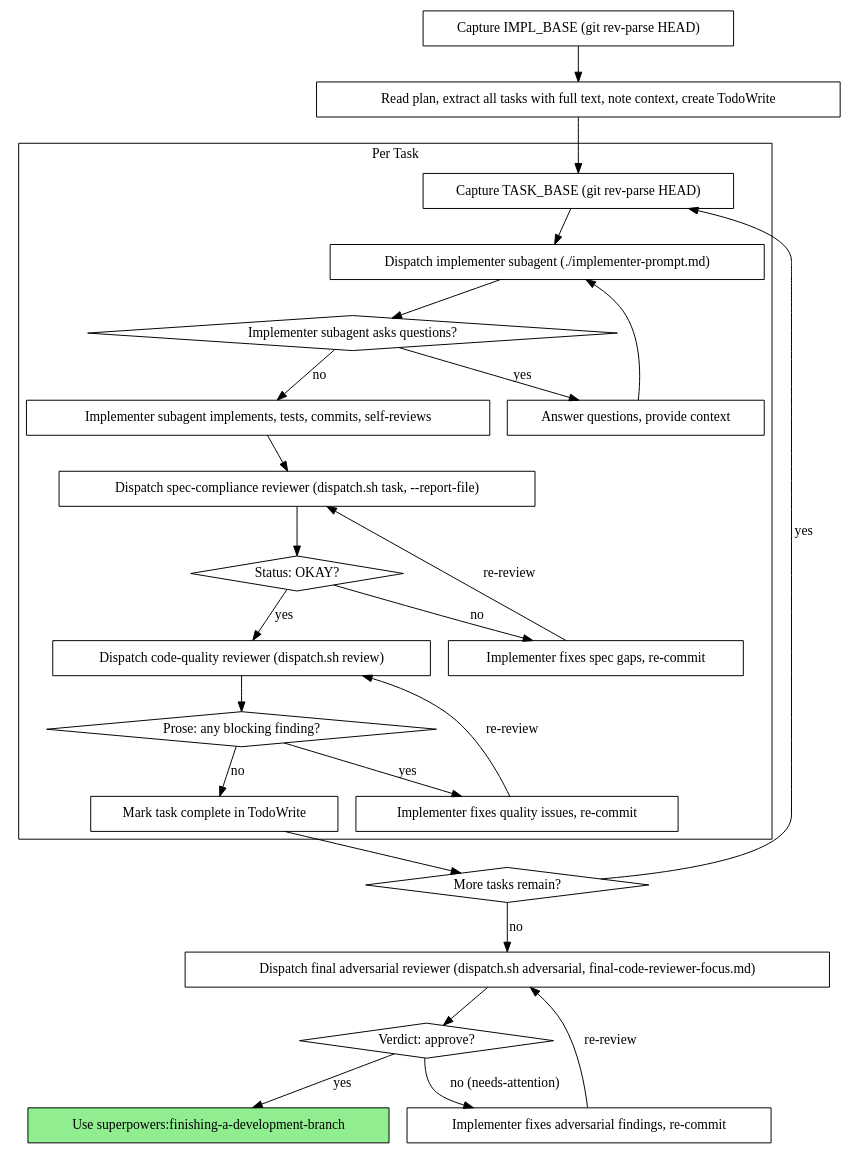
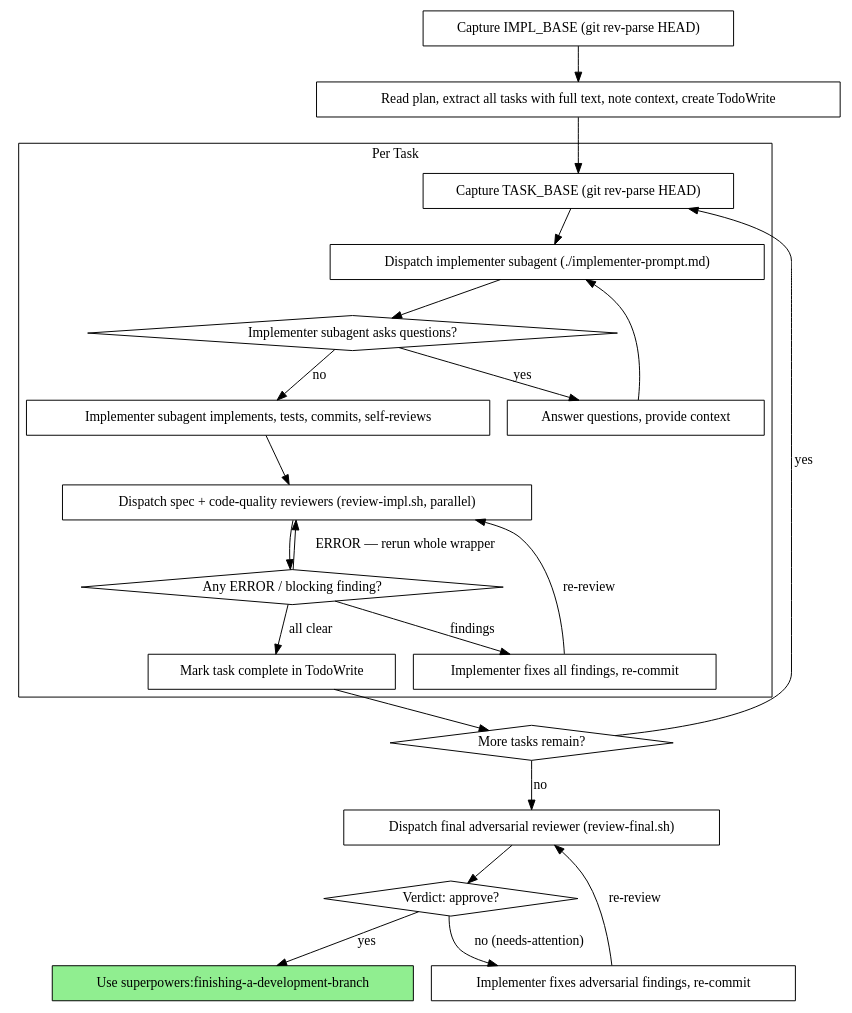
The second of 2 diagrams in skills/subagent-driven-development/SKILL.md (stu43005/superpowers-codex), drawn with Graphviz before and after one commit. The commit also changed other lines of this file, not shown here.

Commit message:
docs: rewrite subagent-driven-development dispatch to review-impl.sh + review-final.sh

````diff
--- a/skills/subagent-driven-development/SKILL.md
+++ b/skills/subagent-driven-development/SKILL.md
@@ -34,53 +34,47 @@
 ```dot
 digraph process {
     rankdir=TB;
 
     subgraph cluster_per_task {
         label="Per Task";
         "Capture TASK_BASE (git rev-parse HEAD)" [shape=box];
         "Dispatch implementer subagent (./implementer-prompt.md)" [shape=box];
         "Implementer subagent asks questions?" [shape=diamond];
         "Answer questions, provide context" [shape=box];
         "Implementer subagent implements, tests, commits, self-reviews" [shape=box];
-        "Dispatch spec-compliance reviewer (dispatch.sh task, --report-file)" [shape=box];
-        "Status: OKAY?" [shape=diamond];
-        "Implementer fixes spec gaps, re-commit" [shape=box];
-        "Dispatch code-quality reviewer (dispatch.sh review)" [shape=box];
-        "Prose: any blocking finding?" [shape=diamond];
-        "Implementer fixes quality issues, re-commit" [shape=box];
+        "Dispatch spec + code-quality reviewers (review-impl.sh, parallel)" [shape=box];
+        "Any ERROR / blocking finding?" [shape=diamond];
+        "Implementer fixes all findings, re-commit" [shape=box];
         "Mark task complete in TodoWrite" [shape=box];
     }
 
     "Capture IMPL_BASE (git rev-parse HEAD)" [shape=box];
     "Read plan, extract all tasks with full text, note context, create TodoWrite" [shape=box];
     "More tasks remain?" [shape=diamond];
-    "Dispatch final adversarial reviewer (dispatch.sh adversarial, final-code-reviewer-focus.md)" [shape=box];
+    "Dispatch final adversarial reviewer (review-final.sh)" [shape=box];
     "Verdict: approve?" [shape=diamond];
     "Implementer fixes adversarial findings, re-commit" [shape=box];
     "Use superpowers:finishing-a-development-branch" [shape=box style=filled fillcolor=lightgreen];
 
     "Capture IMPL_BASE (git rev-parse HEAD)" -> "Read plan, extract all tasks with full text, note context, create TodoWrite";
     "Read plan, extract all tasks with full text, note context, create TodoWrite" -> "Capture TASK_BASE (git rev-parse HEAD)";
     "Capture TASK_BASE (git rev-parse HEAD)" -> "Dispatch implementer subagent (./implementer-prompt.md)";
     "Dispatch implementer subagent (./implementer-prompt.md)" -> "Implementer subagent asks questions?";
     "Implementer subagent asks questions?" -> "Answer questions, provide context" [label="yes"];
     "Answer questions, provide context" -> "Dispatch implementer subagent (./implementer-prompt.md)";
     "Implementer subagent asks questions?" -> "Implementer subagent implements, tests, commits, self-reviews" [label="no"];
-    "Implementer subagent implements, tests, commits, self-reviews" -> "Dispatch spec-compliance reviewer (dispatch.sh task, --report-file)";
-    "Dispatch spec-compliance reviewer (dispatch.sh task, --report-file)" -> "Status: OKAY?";
-    "Status: OKAY?" -> "Implementer fixes spec gaps, re-commit" [label="no"];
-    "Implementer fixes spec gaps, re-commit" -> "Dispatch spec-compliance reviewer (dispatch.sh task, --report-file)" [label="re-review"];
-    "Status: OKAY?" -> "Dispatch code-quality reviewer (dispatch.sh review)" [label="yes"];
-    "Dispatch code-quality reviewer (dispatch.sh review)" -> "Prose: any blocking finding?";
-    "Prose: any blocking finding?" -> "Implementer fixes quality issues, re-commit" [label="yes"];
-    "Implementer fixes quality issues, re-commit" -> "Dispatch code-quality reviewer (dispatch.sh review)" [label="re-review"];
-    "Prose: any blocking finding?" -> "Mark task complete in TodoWrite" [label="no"];
+    "Implementer subagent implements, tests, commits, self-reviews" -> "Dispatch spec + code-quality reviewers (review-impl.sh, parallel)";
+    "Dispatch spec + code-quality reviewers (review-impl.sh, parallel)" -> "Any ERROR / blocking finding?";
+    "Any ERROR / blocking finding?" -> "Dispatch spec + code-quality reviewers (review-impl.sh, parallel)" [label="ERROR — rerun whole wrapper"];
+    "Any ERROR / blocking finding?" -> "Implementer fixes all findings, re-commit" [label="findings"];
+    "Implementer fixes all findings, re-commit" -> "Dispatch spec + code-quality reviewers (review-impl.sh, parallel)" [label="re-review"];
+    "Any ERROR / blocking finding?" -> "Mark task complete in TodoWrite" [label="all clear"];
     "Mark task complete in TodoWrite" -> "More tasks remain?";
     "More tasks remain?" -> "Capture TASK_BASE (git rev-parse HEAD)" [label="yes"];
-    "More tasks remain?" -> "Dispatch final adversarial reviewer (dispatch.sh adversarial, final-code-reviewer-focus.md)" [label="no"];
-    "Dispatch final adversarial reviewer (dispatch.sh adversarial, final-code-reviewer-focus.md)" -> "Verdict: approve?";
+    "More tasks remain?" -> "Dispatch final adversarial reviewer (review-final.sh)" [label="no"];
+    "Dispatch final adversarial reviewer (review-final.sh)" -> "Verdict: approve?";
     "Verdict: approve?" -> "Implementer fixes adversarial findings, re-commit" [label="no (needs-attention)"];
-    "Implementer fixes adversarial findings, re-commit" -> "Dispatch final adversarial reviewer (dispatch.sh adversarial, final-code-reviewer-focus.md)" [label="re-review"];
+    "Implementer fixes adversarial findings, re-commit" -> "Dispatch final adversarial reviewer (review-final.sh)" [label="re-review"];
     "Verdict: approve?" -> "Use superpowers:finishing-a-development-branch" [label="yes"];
 }
 ```
````
